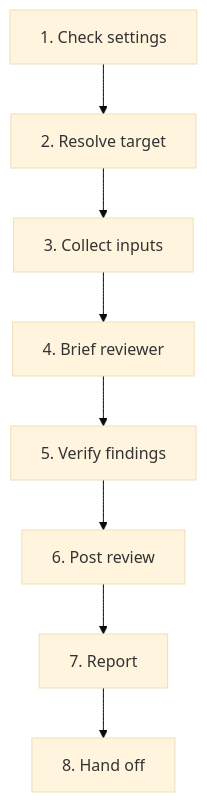
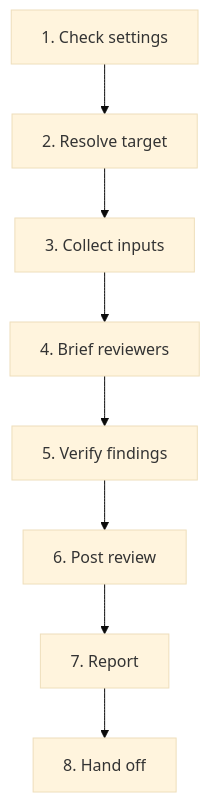
Before and after one commit to cultoftheai/skills: the diagram in skills/sdlc/review/SKILL.md, drawn with Mermaid (base theme). The commit also changed other lines of this file, not shown here.

````diff
--- a/skills/sdlc/review/SKILL.md
+++ b/skills/sdlc/review/SKILL.md
@@ -26,19 +26,19 @@
 ```mermaid
 flowchart TD
     A[1. Check settings]
     B[2. Resolve target]
     C[3. Collect inputs]
-    D[4. Brief reviewer]
+    D[4. Brief reviewers]
     E[5. Verify findings]
     F[6. Post review]
     G[7. Report]
     H[8. Hand off]
 
     A --> B
     B --> C
     C --> D
     D --> E
     E --> F
     F --> G
     G --> H
 ```
````
